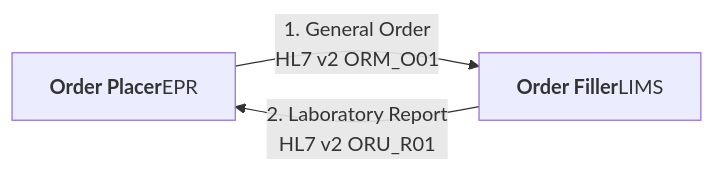
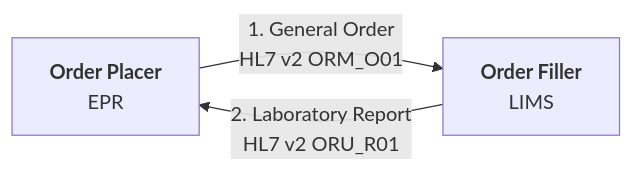
Before and after one commit to uk-gov-mirror/nw-gmsa.nw-gmsa.github.com: the first of 8 diagrams in input/pagecontent/index.md, drawn with Mermaid. The commit also changed other lines of this file, not shown here.

Commit message:
Added TIE to future diagrams

````diff
--- a/input/pagecontent/index.md
+++ b/input/pagecontent/index.md
@@ -26,5 +26,5 @@
 ```mermaid
 graph LR
-    OrderPlacer[<b>Order Placer</b>EPR] --> |1. General Order<br/>HL7 v2 ORM_O01| OrderFiller
-    OrderFiller[<b>Order Filler</b>LIMS] --> |2. Laboratory Report<br/>HL7 v2 ORU_R01| OrderPlacer  
+    OrderPlacer[<b>Order Placer</b><br/>EPR] --> |1. General Order<br/>HL7 v2 ORM_O01| OrderFiller
+    OrderFiller[<b>Order Filler</b><br/>LIMS] --> |2. Laboratory Report<br/>HL7 v2 ORU_R01| OrderPlacer  
 ```
````
